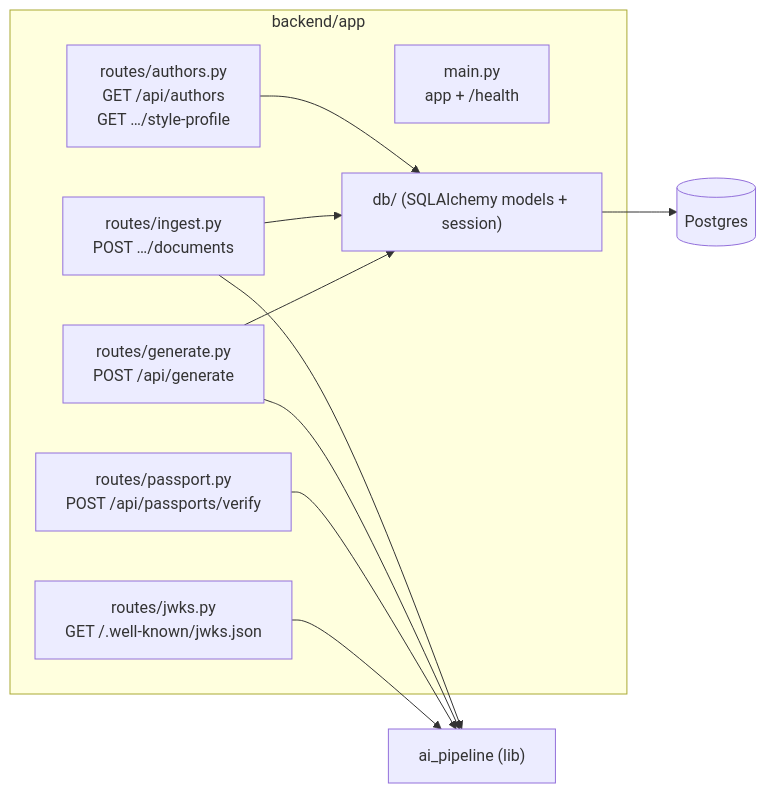
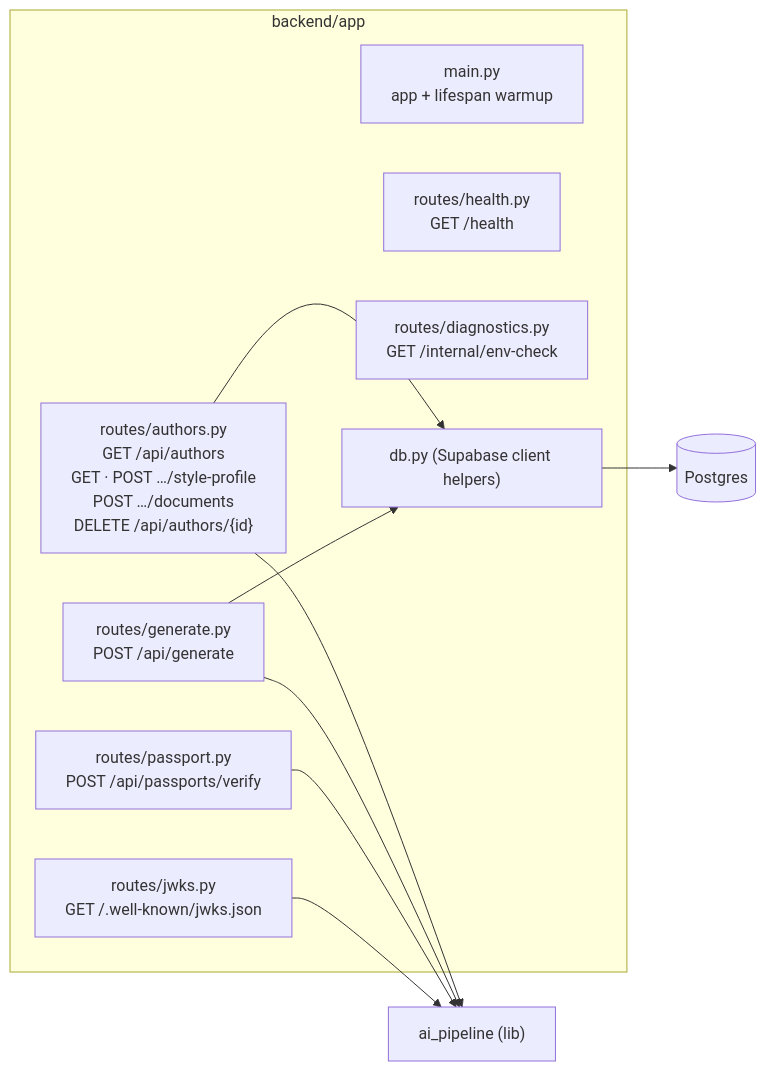
One commit to sergi-torres/AuthorAI changed the third of 8 diagrams in docs/architecture.md. Above: the diagram before and after it, drawn with Mermaid. The commit also changed other lines of this file and 6 other files, not shown here.

````diff
--- a/docs/architecture.md
+++ b/docs/architecture.md
@@ -123,24 +132,24 @@
 ```mermaid
 graph LR
     subgraph backend [backend/app]
-        main["main.py<br/>app + /health"]
-        r_auth["routes/authors.py<br/>GET /api/authors<br/>GET …/style-profile"]
-        r_ing["routes/ingest.py<br/>POST …/documents"]
+        main["main.py<br/>app + lifespan warmup"]
+        r_health["routes/health.py<br/>GET /health"]
+        r_auth["routes/authors.py<br/>GET /api/authors<br/>GET · POST …/style-profile<br/>POST …/documents<br/>DELETE /api/authors/{id}"]
         r_gen["routes/generate.py<br/>POST /api/generate"]
         r_pass["routes/passport.py<br/>POST /api/passports/verify"]
         r_jwks["routes/jwks.py<br/>GET /.well-known/jwks.json"]
-        dbl["db/ (SQLAlchemy models + session)"]
+        r_diag["routes/diagnostics.py<br/>GET /internal/env-check"]
+        dbl["db.py (Supabase client helpers)"]
     end
 
     pipe["ai_pipeline (lib)"]
     db[("Postgres")]
 
     r_auth --> dbl
-    r_ing --> dbl
-    r_ing --> pipe
+    r_auth --> pipe
     r_gen --> pipe
     r_gen --> dbl
     r_pass --> pipe
     r_jwks --> pipe
     dbl --> db
 ```
````
